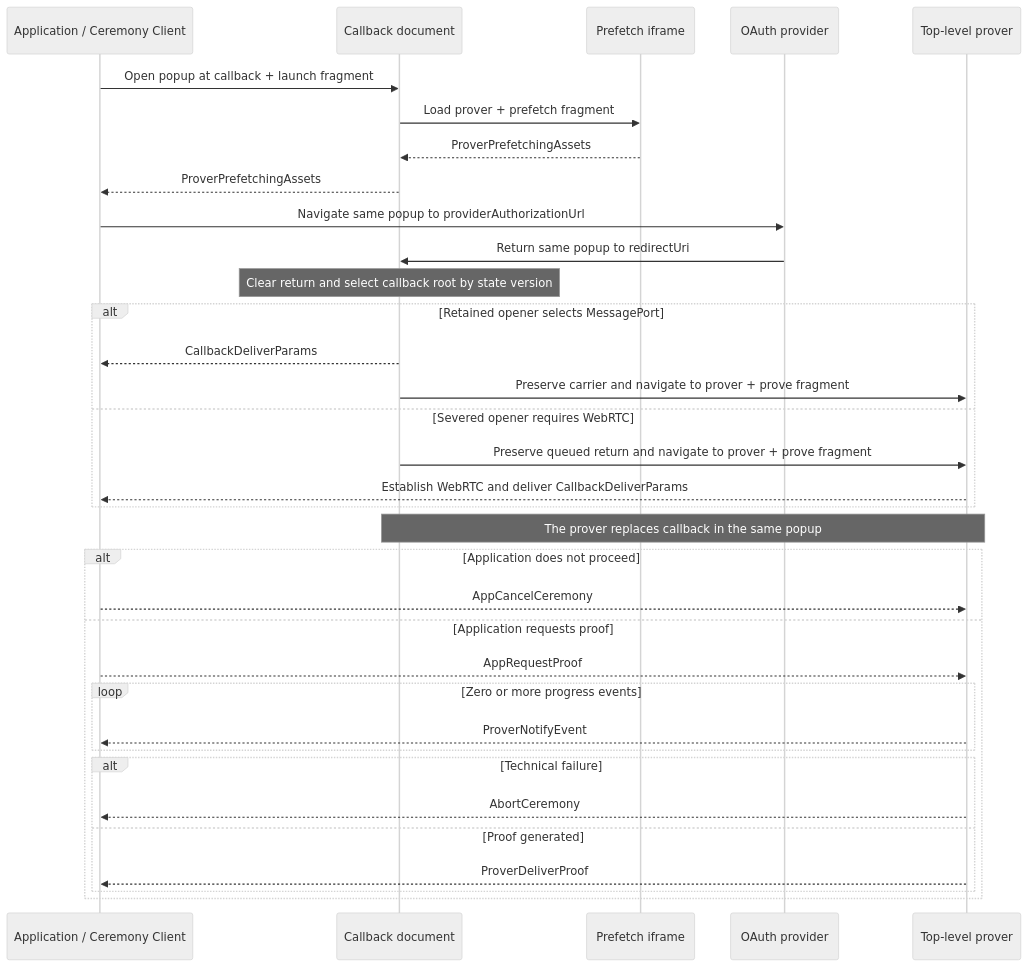
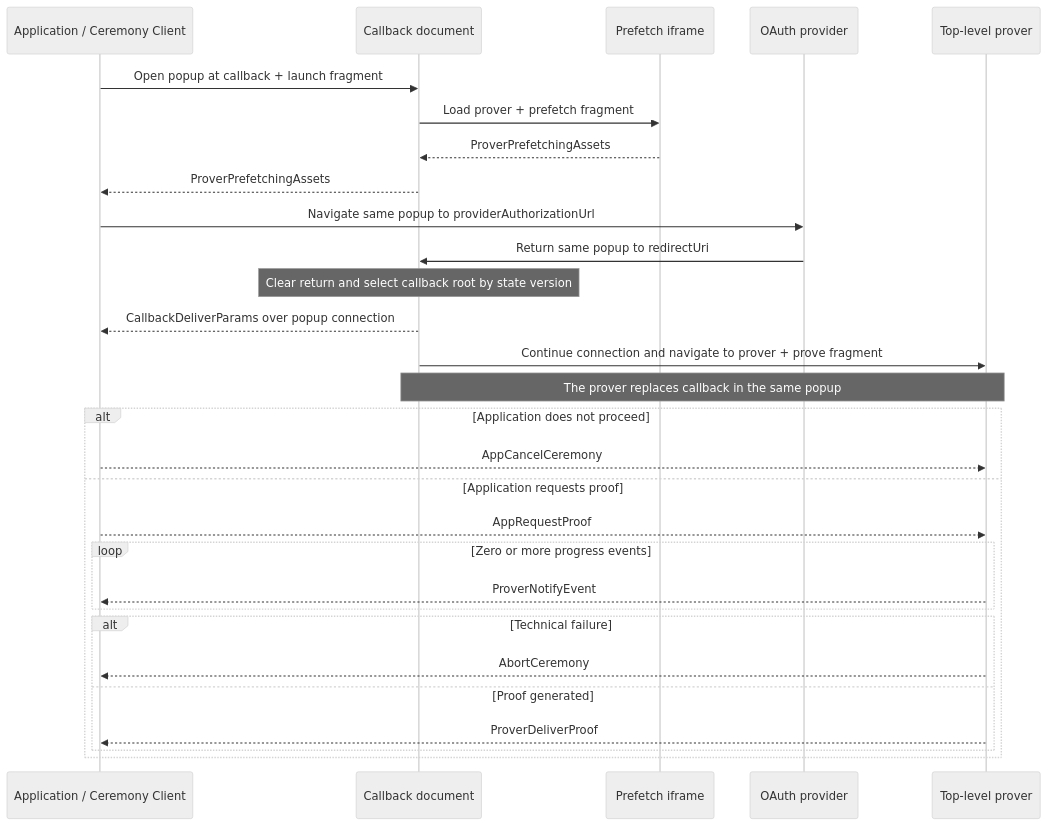
Before and after one commit to libid-org/libid: the diagram in ts/packages/ceremony/CCDP.md, drawn with Mermaid (neutral theme). The commit also changed other lines of this file and 9 other files, not shown here.

Commit message:
docs(ceremony): consume popup connection boundary

````diff
--- a/ts/packages/ceremony/CCDP.md
+++ b/ts/packages/ceremony/CCDP.md
@@ -173,37 +175,32 @@
 ```mermaid
 sequenceDiagram
     participant A as Application / Ceremony Client
     participant C as Callback document
     participant F as Prefetch iframe
     participant O as OAuth provider
     participant P as Top-level prover
 
     A->>C: Open popup at callback + launch fragment
     C->>F: Load prover + prefetch fragment
     F-->>C: ProverPrefetchingAssets
     C-->>A: ProverPrefetchingAssets
     A->>O: Navigate same popup to providerAuthorizationUrl
     O->>C: Return same popup to redirectUri
     Note over C: Clear return and select callback root by state version
-    alt Retained opener selects MessagePort
-        C-->>A: CallbackDeliverParams
-        C->>P: Preserve carrier and navigate to prover + prove fragment
-    else Severed opener requires WebRTC
-        C->>P: Preserve queued return and navigate to prover + prove fragment
-        P-->>A: Establish WebRTC and deliver CallbackDeliverParams
-    end
+    C-->>A: CallbackDeliverParams over popup connection
+    C->>P: Continue connection and navigate to prover + prove fragment
     Note over C,P: The prover replaces callback in the same popup
     alt Application does not proceed
         A-->>P: AppCancelCeremony
     else Application requests proof
         A-->>P: AppRequestProof
         loop Zero or more progress events
             P-->>A: ProverNotifyEvent
         end
         alt Technical failure
             P-->>A: AbortCeremony
         else Proof generated
             P-->>A: ProverDeliverProof
         end
     end
 ```
````
